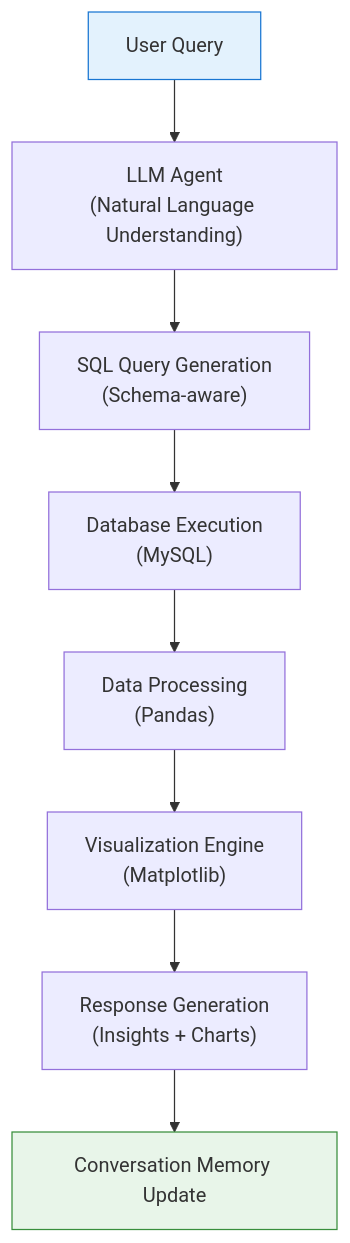
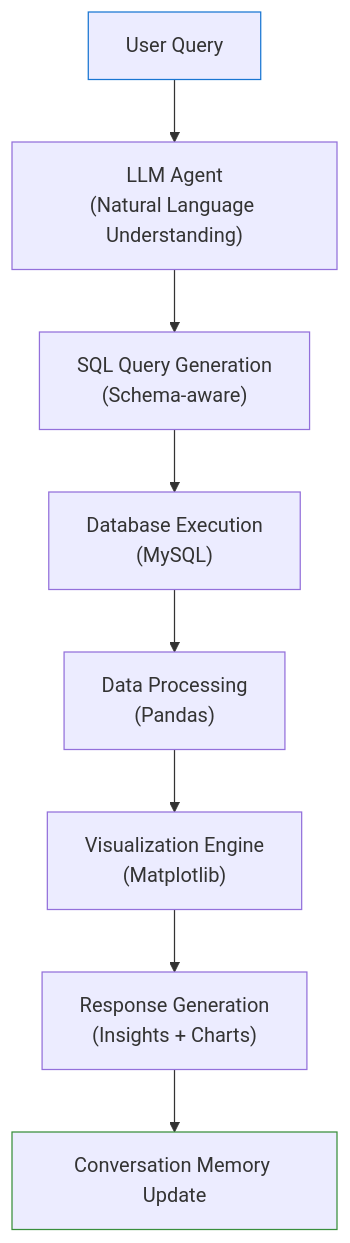
The diagram in README.md (pranavraina18/OpenAI_SDK_Agent), drawn with Mermaid before and after one commit. The commit also changed other lines of this file, not shown here.

````diff
--- a/README.md
+++ b/README.md
@@ -28,13 +28,13 @@
 ```mermaid
 flowchart TD
     A["User Query"] --> B["LLM Agent<br>(Natural Language Understanding)"]
     B --> C["SQL Query Generation<br>(Schema-aware)"]
     C --> D["Database Execution<br>(MySQL)"]
     D --> E["Data Processing<br>(Pandas)"]
     E --> F["Visualization Engine<br>(Matplotlib)"]
     F --> G["Response Generation<br>(Insights + Charts)"]
     G --> H["Conversation Memory Update"]
 
-    style A fill:#e3f2fd,stroke:#1976d2
-    style H fill:#e8f5e9,stroke:#388e3c
+    style A stroke:#1976d2
+    style H stroke:#388e3c
 ```
````
